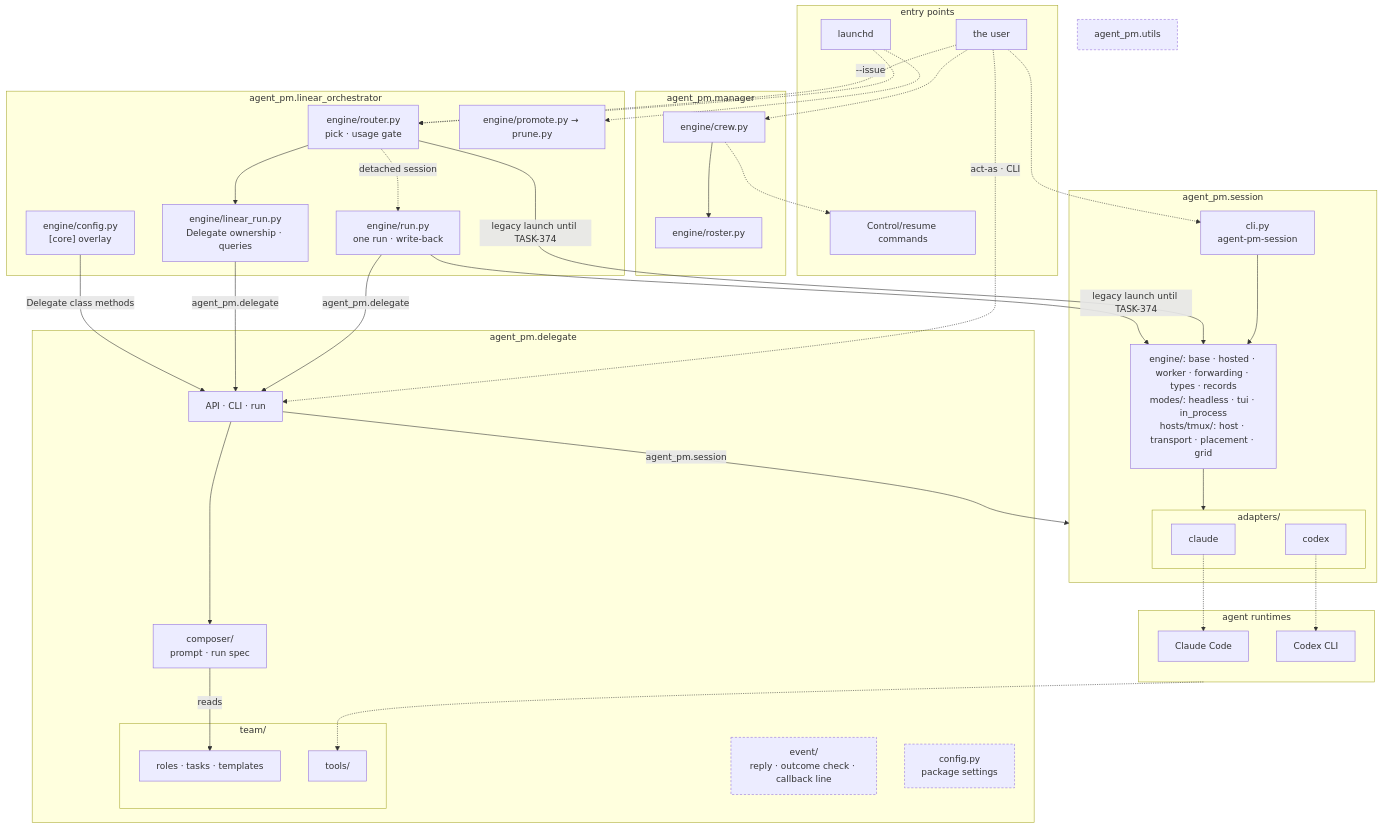
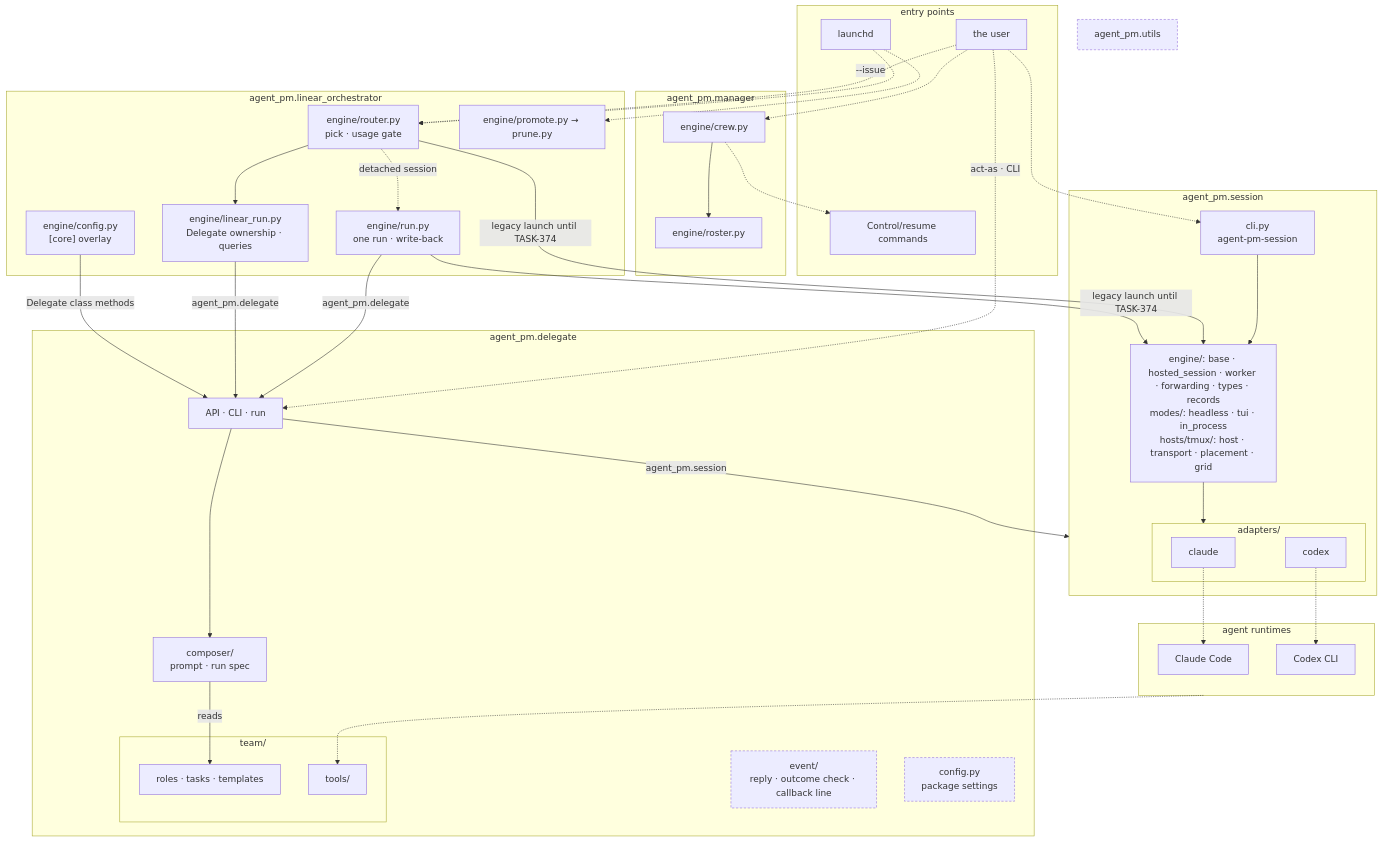
The second of 4 diagrams in README.md (ophis/agent-pm), drawn with Mermaid before and after one commit. The commit also changed 21 other files, not shown here.

First line of the commit message:
TASK-387: rename engine/hosted.py to engine/hosted_session.py

````diff
--- a/README.md
+++ b/README.md
@@ -18,63 +18,63 @@
 ```mermaid
 flowchart TB
   subgraph EN[entry points]
     LD[launchd]
     HU[the user]
     CC[Control/resume commands]
   end
   subgraph MG[agent_pm.manager]
     W["engine/crew.py"] --> RS["engine/roster.py"]
   end
   subgraph LO[agent_pm.linear_orchestrator]
     R["engine/router.py<br>pick · usage gate"]
     RU["engine/run.py<br>one run · write-back"]
     LR["engine/linear_run.py<br>Delegate ownership · queries"]
     PP["engine/promote.py → prune.py"]
     LC["engine/config.py<br>[core] overlay"]
   end
   subgraph DL[agent_pm.delegate]
     D["API · CLI · run"]
     C["composer/<br>prompt · run spec"]
     EV["event/<br>reply · outcome check · callback line"]
     CF["config.py<br>package settings"]
     subgraph TM[team/]
       T["roles · tasks · templates"]
       AT[tools/]
     end
   end
   subgraph SE[agent_pm.session]
     SC["cli.py<br>agent-pm-session"]
-    DR["engine/: base · hosted · worker · forwarding · types · records<br>modes/: headless · tui · in_process<br>hosts/tmux/: host · transport · placement · grid"]
+    DR["engine/: base · hosted_session · worker · forwarding · types · records<br>modes/: headless · tui · in_process<br>hosts/tmux/: host · transport · placement · grid"]
     subgraph AD[adapters/]
       CL[claude]
       CX[codex]
     end
   end
   U[agent_pm.utils]
   subgraph RT[agent runtimes]
     P1[Claude Code]
     P2[Codex CLI]
   end
   LD -.-> R & PP
   HU -.->|"--issue"| R
   HU -.->|"act-as · CLI"| D
   HU -.-> W
   HU -.-> SC
   SC --> DR
   R -.->|detached session| RU
   RU -->|agent_pm.delegate| D
   R --> LR
   LR -->|agent_pm.delegate| D
   LC -->|"Delegate class methods"| D
   R & RU -->|"legacy launch until TASK-374"| DR
   W -.-> CC
   D --> C
   D -->|agent_pm.session| SE
   C -->|reads| T
   DR --> AD
   CL -.-> P1
   CX -.-> P2
   RT -.-> AT
   classDef shared stroke-dasharray: 4 3
   class EV,U,CF shared
 ```
````
